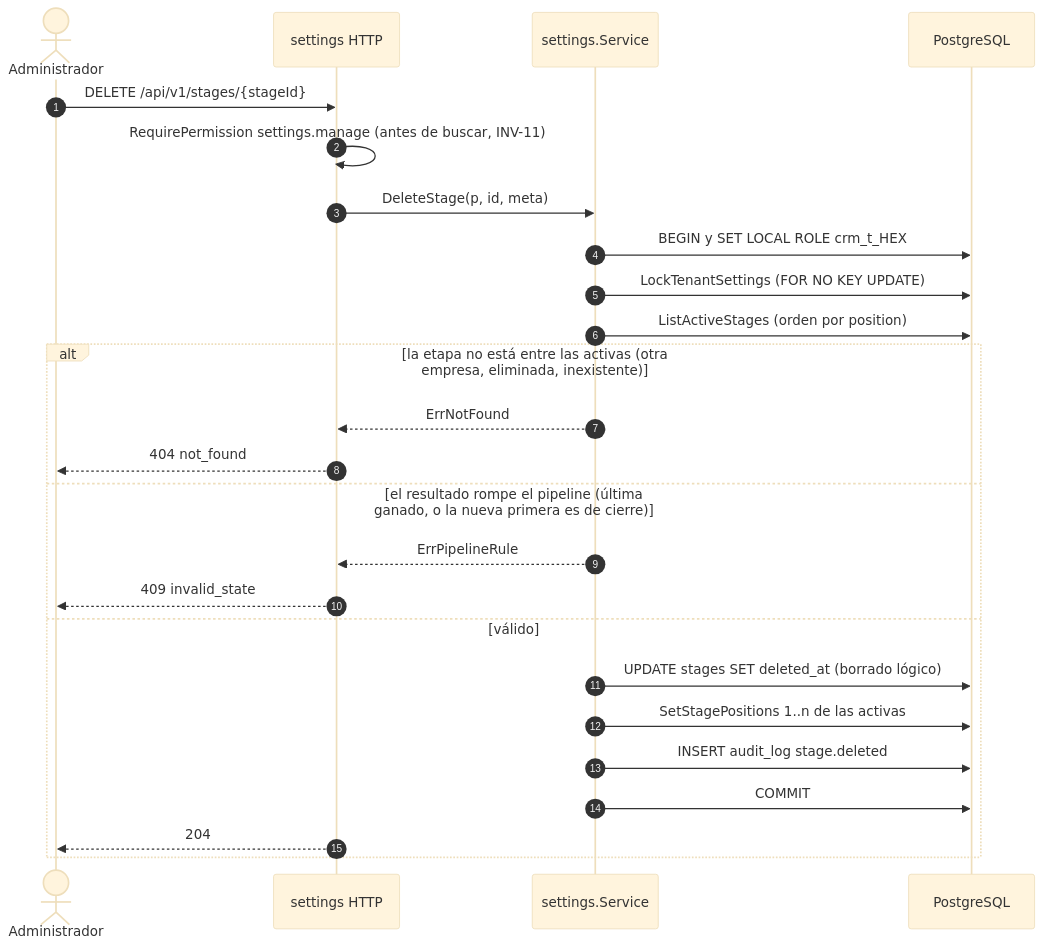
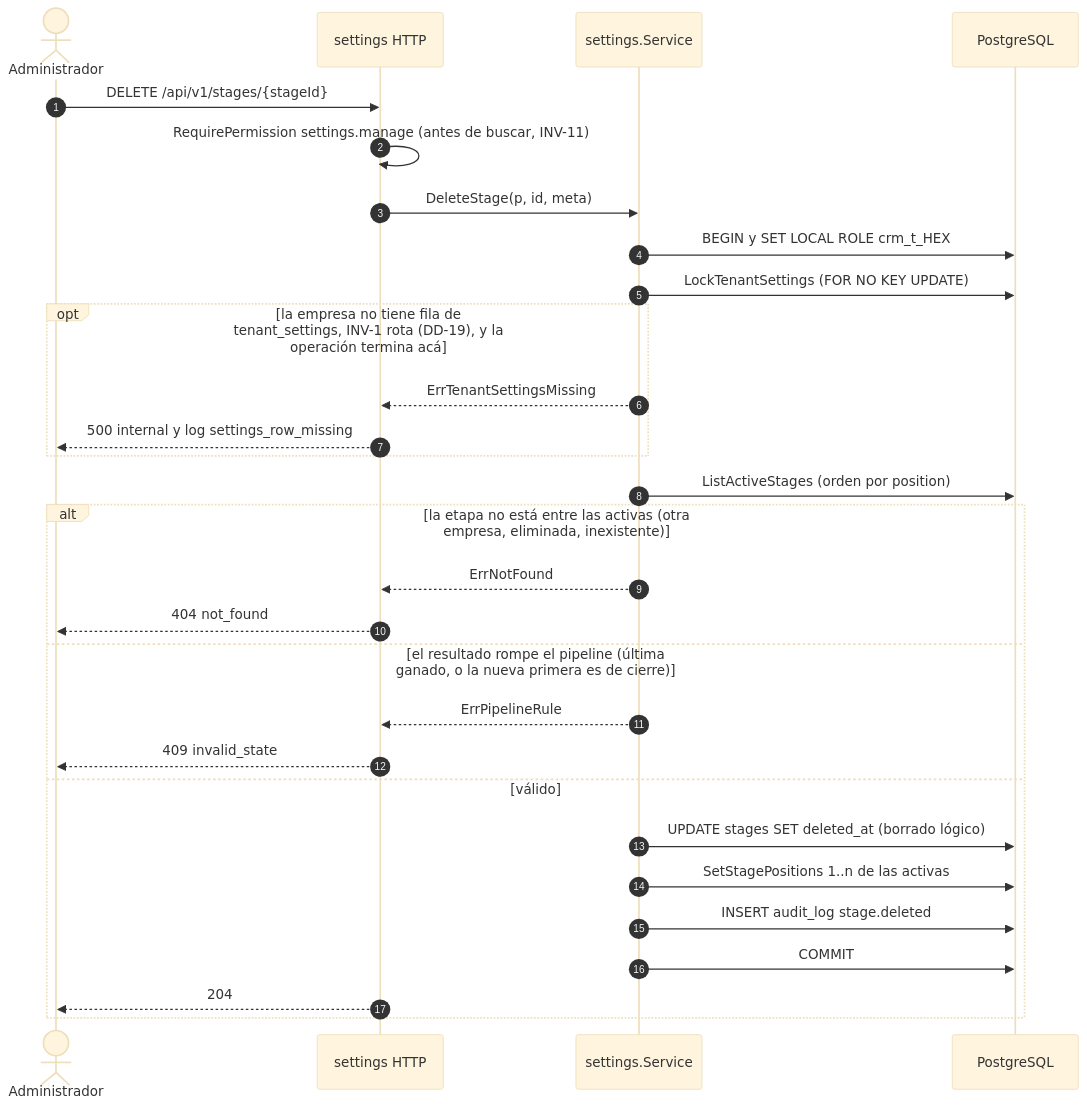
The third of 5 diagrams in specs/002-configuracion/plan.md (fdelillo/crm), drawn with Mermaid (base theme) before and after one commit. The commit also changed other lines of this file and 1 other file, not shown here.

First line of the commit message:
docs(specs): design the missing tenant settings row as a settings error

````diff
--- a/specs/002-configuracion/plan.md
+++ b/specs/002-configuracion/plan.md
@@ -181,28 +186,32 @@
 ```mermaid
 sequenceDiagram
     autonumber
     actor A as Administrador
     participant H as settings HTTP
     participant S as settings.Service
     participant DB as PostgreSQL
 
     A->>H: DELETE /api/v1/stages/{stageId}
     H->>H: RequirePermission settings.manage (antes de buscar, INV-11)
     H->>S: DeleteStage(p, id, meta)
     S->>DB: BEGIN y SET LOCAL ROLE crm_t_HEX
     S->>DB: LockTenantSettings (FOR NO KEY UPDATE)
+    opt la empresa no tiene fila de tenant_settings, INV-1 rota (DD-19), y la operación termina acá
+        S-->>H: ErrTenantSettingsMissing
+        H-->>A: 500 internal y log settings_row_missing
+    end
     S->>DB: ListActiveStages (orden por position)
     alt la etapa no está entre las activas (otra empresa, eliminada, inexistente)
         S-->>H: ErrNotFound
         H-->>A: 404 not_found
     else el resultado rompe el pipeline (última ganado, o la nueva primera es de cierre)
         S-->>H: ErrPipelineRule
         H-->>A: 409 invalid_state
     else válido
         S->>DB: UPDATE stages SET deleted_at (borrado lógico)
         S->>DB: SetStagePositions 1..n de las activas
         S->>DB: INSERT audit_log stage.deleted
         S->>DB: COMMIT
         H-->>A: 204
     end
 ```
````
